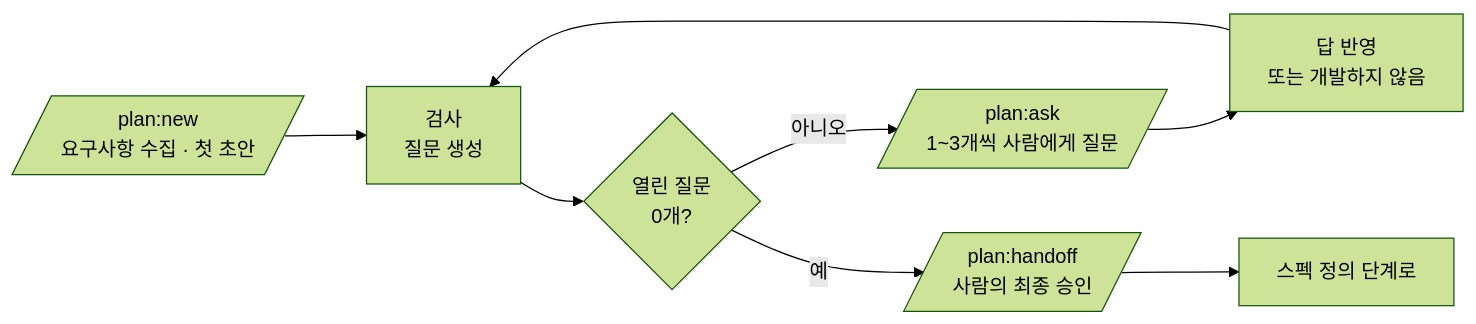
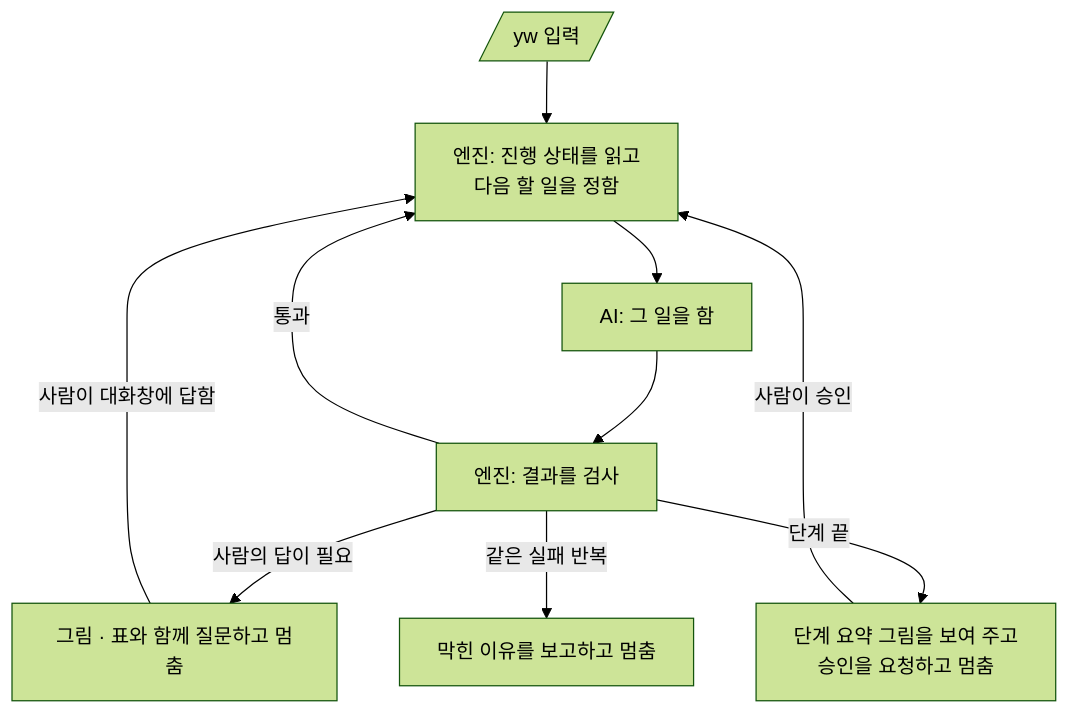
Before and after one commit to YeongWon2/product-planning: the third of 5 diagrams in docs/설계서.md, drawn with Mermaid (forest theme). The commit also changed other lines of this file and 14 other files, not shown here.

````diff
--- a/docs/설계서.md
+++ b/docs/설계서.md
@@ -51,10 +102,12 @@
 ```mermaid
-flowchart LR
-  A[/plan:new<br/>요구사항 수집 · 첫 초안/] --> B[검사<br/>질문 생성]
-  B --> C{열린 질문<br/>0개?}
-  C -->|아니오| D[/plan:ask<br/>1~3개씩 사람에게 질문/]
-  D --> E[답 반영<br/>또는 개발하지 않음]
-  E --> B
-  C -->|예| F[/plan:handoff<br/>사람의 최종 승인/]
-  F --> G[스펙 정의 단계로]
+flowchart TD
+  S[/yw 입력/] --> N[엔진: 진행 상태를 읽고<br/>다음 할 일을 정함]
+  N --> W[AI: 그 일을 함]
+  W --> G[엔진: 결과를 검사]
+  G -->|통과| N
+  G -->|사람의 답이 필요| Q[그림 · 표와 함께 질문하고 멈춤]
+  G -->|단계 끝| A[단계 요약 그림을 보여 주고<br/>승인을 요청하고 멈춤]
+  G -->|같은 실패 반복| B[막힌 이유를 보고하고 멈춤]
+  Q -->|사람이 대화창에 답함| N
+  A -->|사람이 승인| N
 ```
````
